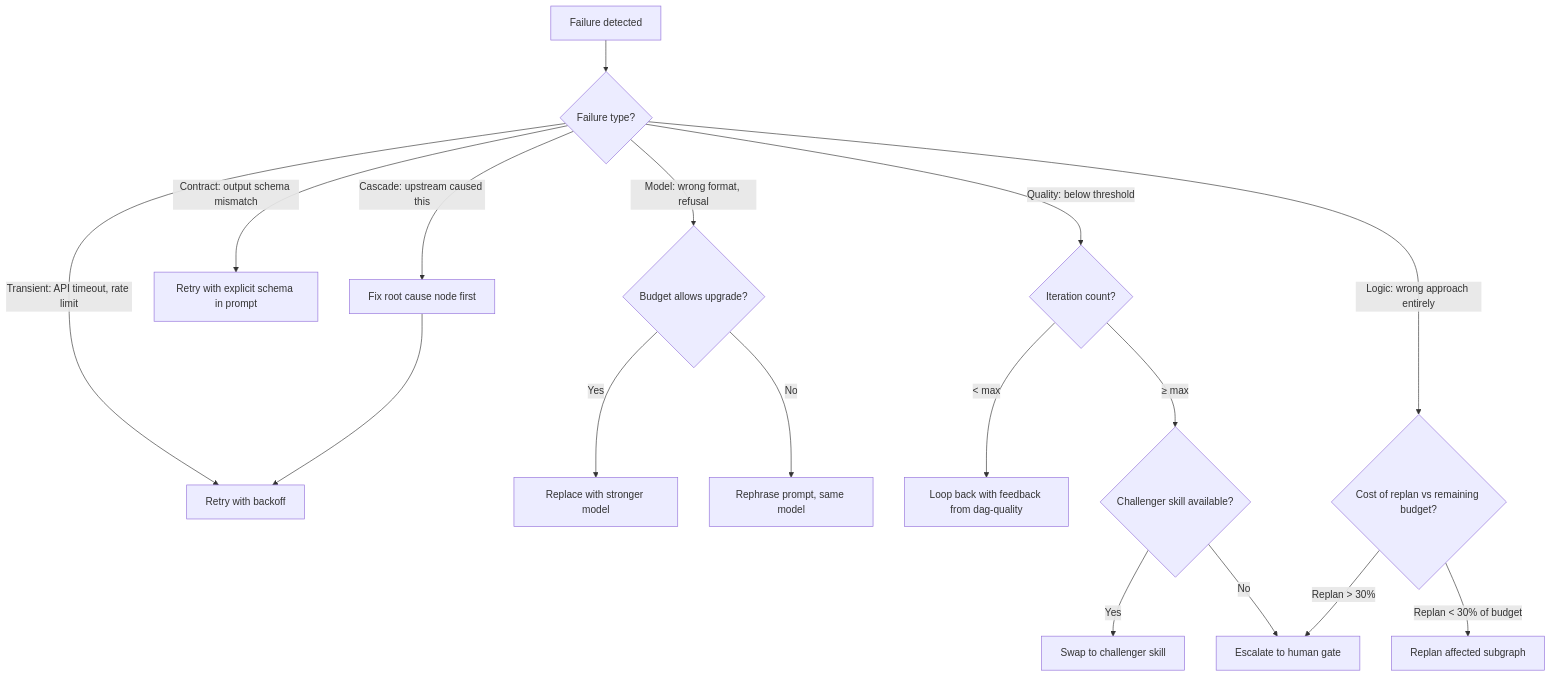
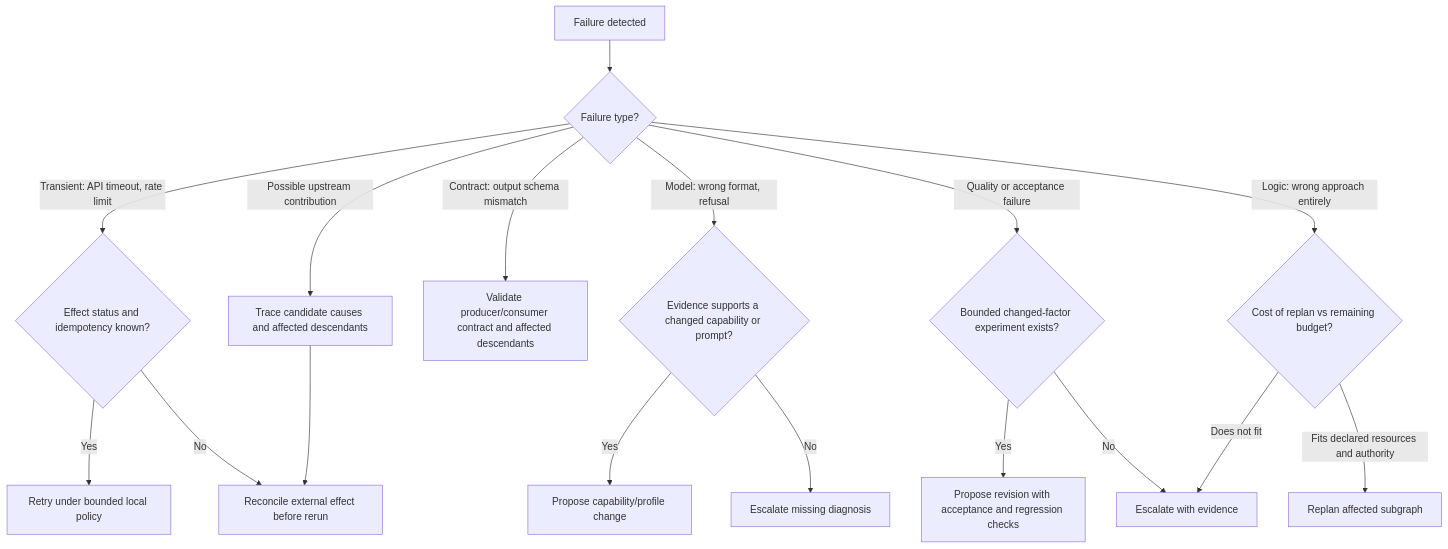
One commit to curiositech/port-daddy changed the first of 2 diagrams in skills/dag-mutation-strategist/SKILL.md. Above: the diagram before and after it, drawn with Mermaid. The commit also changed other lines of this file and 1782 other files, not shown here.

````diff
--- a/skills/dag-mutation-strategist/SKILL.md
+++ b/skills/dag-mutation-strategist/SKILL.md
@@ -46,23 +46,23 @@
 ```mermaid
 flowchart TD
   F[Failure detected] --> T{Failure type?}
   
-  T -->|Transient: API timeout, rate limit| R[Retry with backoff]
-  T -->|Model: wrong format, refusal| M{Budget allows upgrade?}
-  M -->|Yes| U[Replace with stronger model]
-  M -->|No| P[Rephrase prompt, same model]
+  T -->|Transient: API timeout, rate limit| R{Effect status and idempotency known?}
+  R -->|Yes| RB[Retry under bounded local policy]
+  R -->|No| RC[Reconcile external effect before rerun]
+  T -->|Model: wrong format, refusal| M{Evidence supports a changed capability or prompt?}
+  M -->|Yes| U[Propose capability/profile change]
+  M -->|No| P[Escalate missing diagnosis]
   
-  T -->|Contract: output schema mismatch| C[Retry with explicit schema in prompt]
-  T -->|Quality: below threshold| Q{Iteration count?}
-  Q -->|< max| L[Loop back with feedback from dag-quality]
-  Q -->|≥ max| E{Challenger skill available?}
-  E -->|Yes| SW[Swap to challenger skill]
-  E -->|No| HG[Escalate to human gate]
+  T -->|Contract: output schema mismatch| C[Validate producer/consumer contract and affected descendants]
+  T -->|Quality or acceptance failure| Q{Bounded changed-factor experiment exists?}
+  Q -->|Yes| L[Propose revision with acceptance and regression checks]
+  Q -->|No| HG[Escalate with evidence]
   
   T -->|Logic: wrong approach entirely| D{Cost of replan vs remaining budget?}
-  D -->|Replan < 30% of budget| RP[Replan affected subgraph]
-  D -->|Replan > 30%| HG
+  D -->|Fits declared resources and authority| RP[Replan affected subgraph]
+  D -->|Does not fit| HG
   
-  T -->|Cascade: upstream caused this| FIX[Fix root cause node first]
-  FIX --> R
+  T -->|Possible upstream contribution| FIX[Trace candidate causes and affected descendants]
+  FIX --> RC
 ```
````
